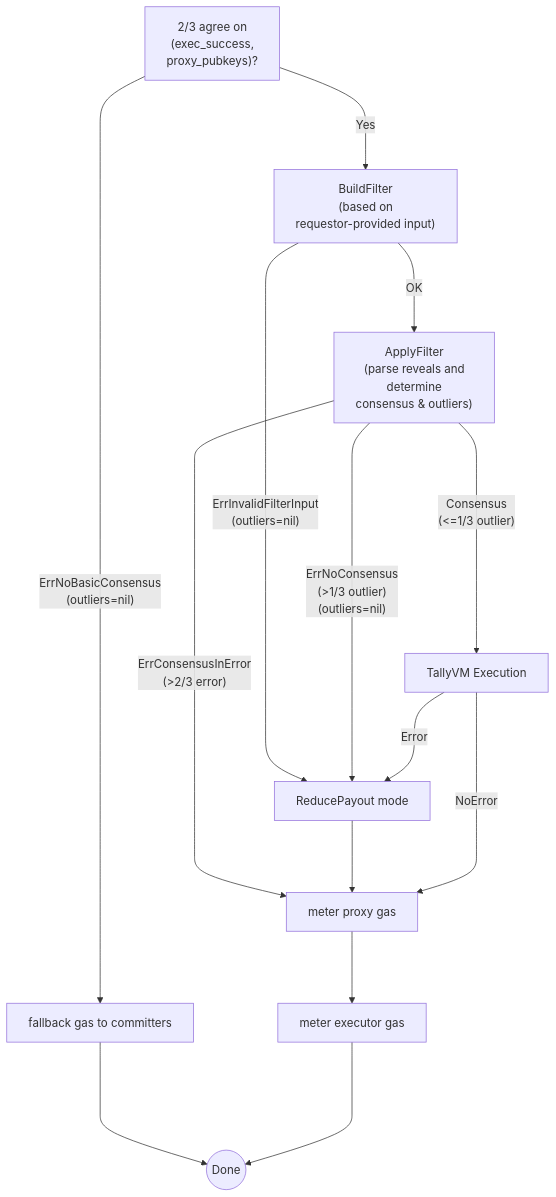
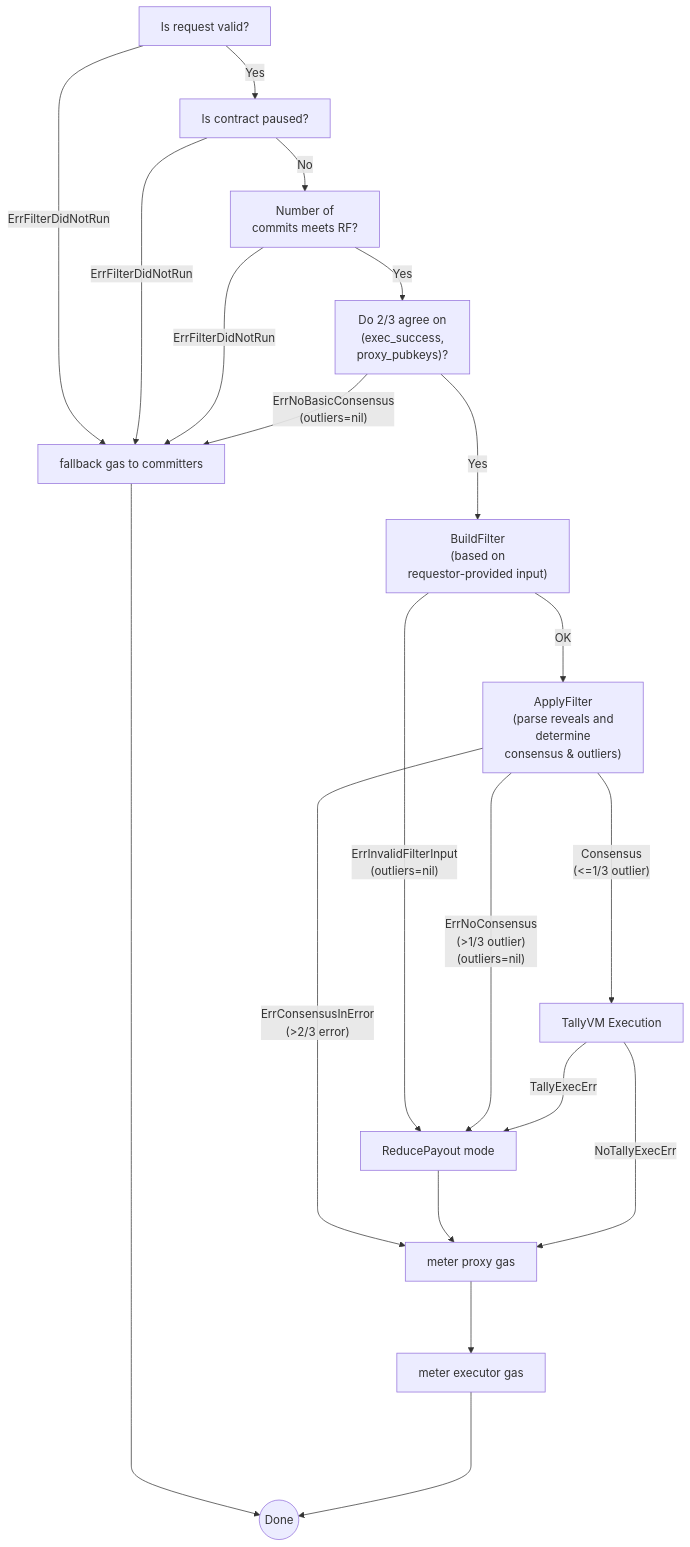
The diagram in x/tally/README.md (sedaprotocol/seda-chain), drawn with Mermaid before and after one commit. The commit also changed 2 other files, not shown here.

Commit message:
chore(x/tally): update tally flow mermaid diagram

````diff
--- a/x/tally/README.md
+++ b/x/tally/README.md
@@ -7,19 +7,28 @@
 ```mermaid
 flowchart TD
-    A["2/3 agree on<br>(exec_success,<br>proxy_pubkeys)?"]
+    A0["Is request valid?"]
+    A0 --> |"ErrFilterDidNotRun"| G1
+    A0 --> |Yes| A1
+    A1["Is contract paused?"]
+    A1 --> |"ErrFilterDidNotRun"| G1
+    A1 --> |No| A2
+    A2["Number of<br>commits meets RF?"]
+    A2 --> |"ErrFilterDidNotRun"| G1
+    A2 --> |Yes| A
+    A["Do 2/3 agree on<br>(exec_success,<br>proxy_pubkeys)?"]
     A -->|"ErrNoBasicConsensus<br>(outliers=nil)"| G1["fallback gas to committers"]
     A --->|Yes| C
     C["BuildFilter<br>(based on<br> requestor-provided input)"]
     C -->|"ErrInvalidFilterInput<br>(outliers=nil)"| R["ReducePayout mode"]
     C --->|OK| D
     D["ApplyFilter<br>(parse reveals and<br>determine <br>consensus & outliers)"]
     D ---->|"ErrNoConsensus<br>(>1/3 outlier)<br>(outliers=nil)"| R
     D --->|"ErrConsensusInError<br>(>2/3 error)"| G2
     D ----->|"Consensus<br>(<=1/3 outlier)"| F["TallyVM Execution"]
     R ---> G2
-    F ---> |Error|R
-    F -----> |NoError|G2["meter proxy gas"]
+    F ---> |TallyExecErr|R
+    F -----> |NoTallyExecErr|G2["meter proxy gas"]
     G2 ---> G3["meter executor gas"]
     G1  ----> Z(("Done"))
     G3  ----> Z(("Done"))
 ```
````
